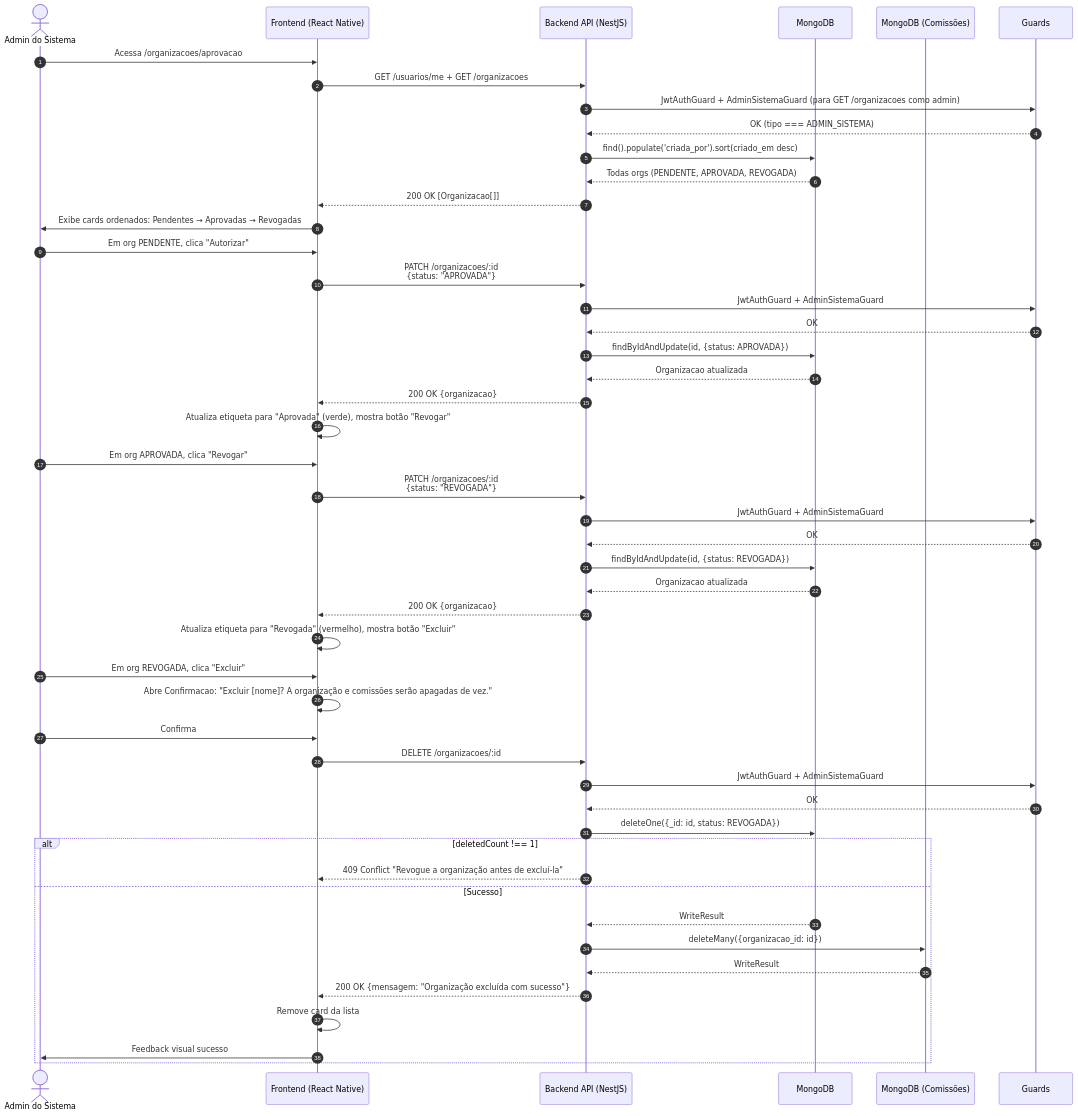
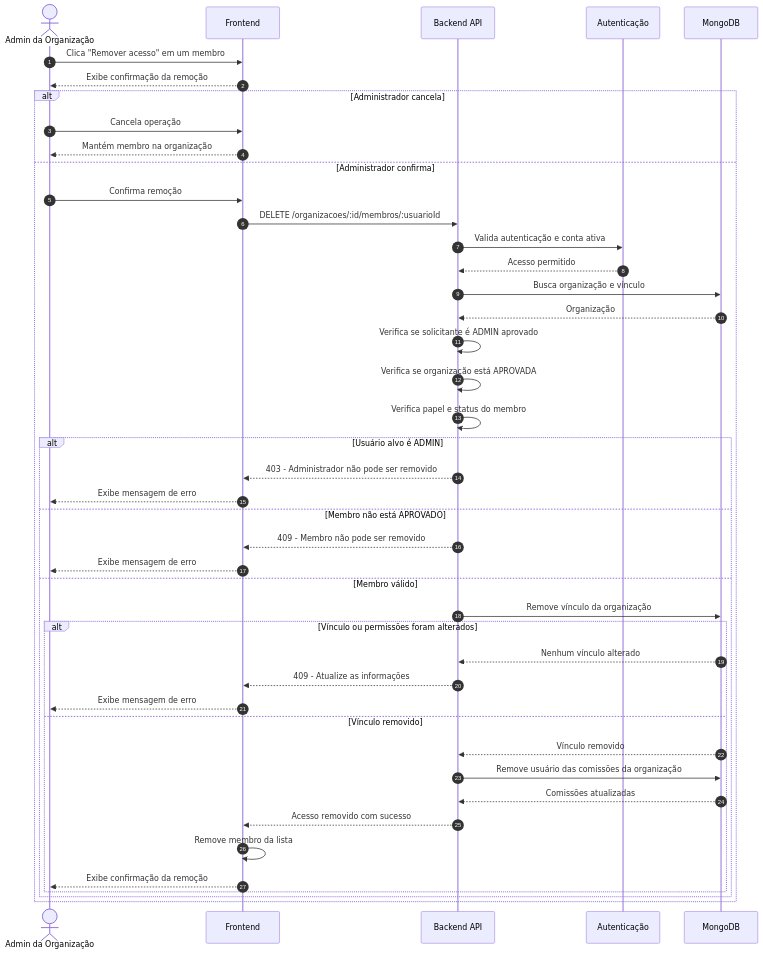
One commit to MrLucasMoreira/PDSI-Conecta- changed the ninth of 9 diagrams in docs/cadastro-usuario/6 - diagramas-sequencia-cadastro-usuario.md. Above: the diagram before and after it, drawn with Mermaid. The commit also changed other lines of this file and 7 other files, not shown here.

````diff
--- a/docs/cadastro-usuario/6 - diagramas-sequencia-cadastro-usuario.md
+++ b/docs/cadastro-usuario/6 - diagramas-sequencia-cadastro-usuario.md
@@ -440,59 +403,56 @@
 ```mermaid
 sequenceDiagram
     autonumber
-    actor AdminSistema as Admin do Sistema
-    participant Frontend as Frontend (React Native)
-    participant API as Backend API (NestJS)
+
+    actor AdminOrg as Admin da Organização
+    participant Frontend as Frontend
+    participant API as Backend API
+    participant Guards as Autenticação
     participant DB as MongoDB
-    participant ComissaoDB as MongoDB (Comissões)
-    participant Guards as Guards
 
-    AdminSistema->>Frontend: Acessa /organizacoes/aprovacao
-    Frontend->>API: GET /usuarios/me + GET /organizacoes
-    API->>Guards: JwtAuthGuard + AdminSistemaGuard (para GET /organizacoes como admin)
-    Guards-->>API: OK (tipo === ADMIN_SISTEMA)
-    API->>DB: find().populate('criada_por').sort(criado_em desc)
-    DB-->>API: Todas orgs (PENDENTE, APROVADA, REVOGADA)
-    API-->>Frontend: 200 OK [Organizacao[]]
-    Frontend->>AdminSistema: Exibe cards ordenados: Pendentes → Aprovadas → Revogadas
+    AdminOrg->>Frontend: Clica "Remover acesso" em um membro
+    Frontend-->>AdminOrg: Exibe confirmação da remoção
 
-    %% Aprovar Organização
-    AdminSistema->>Frontend: Em org PENDENTE, clica "Autorizar"
-    Frontend->>API: PATCH /organizacoes/:id<br/>{status: "APROVADA"}
-    API->>Guards: JwtAuthGuard + AdminSistemaGuard
-    Guards-->>API: OK
-    API->>DB: findByIdAndUpdate(id, {status: APROVADA})
-    DB-->>API: Organizacao atualizada
-    API-->>Frontend: 200 OK {organizacao}
-    Frontend->>Frontend: Atualiza etiqueta para "Aprovada" (verde), mostra botão "Revogar"
+    alt Administrador cancela
+        AdminOrg->>Frontend: Cancela operação
+        Frontend-->>AdminOrg: Mantém membro na organização
+    else Administrador confirma
+        AdminOrg->>Frontend: Confirma remoção
 
-    %% Revogar Organização
-    AdminSistema->>Frontend: Em org APROVADA, clica "Revogar"
-    Frontend->>API: PATCH /organizacoes/:id<br/>{status: "REVOGADA"}
-    API->>Guards: JwtAuthGuard + AdminSistemaGuard
-    Guards-->>API: OK
-    API->>DB: findByIdAndUpdate(id, {status: REVOGADA})
-    DB-->>API: Organizacao atualizada
-    API-->>Frontend: 200 OK {organizacao}
-    Frontend->>Frontend: Atualiza etiqueta para "Revogada" (vermelho), mostra botão "Excluir"
+        Frontend->>API: DELETE /organizacoes/:id/membros/:usuarioId
 
-    %% Excluir Organização
-    AdminSistema->>Frontend: Em org REVOGADA, clica "Excluir"
-    Frontend->>Frontend: Abre Confirmacao: "Excluir [nome]? A organização e comissões serão apagadas de vez."
-    AdminSistema->>Frontend: Confirma
-    Frontend->>API: DELETE /organizacoes/:id
-    API->>Guards: JwtAuthGuard + AdminSistemaGuard
-    Guards-->>API: OK
-    API->>DB: deleteOne({_id: id, status: REVOGADA})
-    
-    alt deletedCount !== 1
-        API-->>Frontend: 409 Conflict "Revogue a organização antes de excluí-la"
-    else Sucesso
-        DB-->>API: WriteResult
-        API->>ComissaoDB: deleteMany({organizacao_id: id})
-        ComissaoDB-->>API: WriteResult
-        API-->>Frontend: 200 OK {mensagem: "Organização excluída com sucesso"}
-        Frontend->>Frontend: Remove card da lista
-        Frontend->>AdminSistema: Feedback visual sucesso
+        API->>Guards: Valida autenticação e conta ativa
+        Guards-->>API: Acesso permitido
+
+        API->>DB: Busca organização e vínculo
+        DB-->>API: Organização
+
+        API->>API: Verifica se solicitante é ADMIN aprovado
+        API->>API: Verifica se organização está APROVADA
+        API->>API: Verifica papel e status do membro
+
+        alt Usuário alvo é ADMIN
+            API-->>Frontend: 403 - Administrador não pode ser removido
+            Frontend-->>AdminOrg: Exibe mensagem de erro
+        else Membro não está APROVADO
+            API-->>Frontend: 409 - Membro não pode ser removido
+            Frontend-->>AdminOrg: Exibe mensagem de erro
+        else Membro válido
+            API->>DB: Remove vínculo da organização
+
+            alt Vínculo ou permissões foram alterados
+                DB-->>API: Nenhum vínculo alterado
+                API-->>Frontend: 409 - Atualize as informações
+                Frontend-->>AdminOrg: Exibe mensagem de erro
+            else Vínculo removido
+                DB-->>API: Vínculo removido
+                API->>DB: Remove usuário das comissões da organização
+                DB-->>API: Comissões atualizadas
+
+                API-->>Frontend: Acesso removido com sucesso
+                Frontend->>Frontend: Remove membro da lista
+                Frontend-->>AdminOrg: Exibe confirmação da remoção
+            end
+        end
     end
 ```
````
